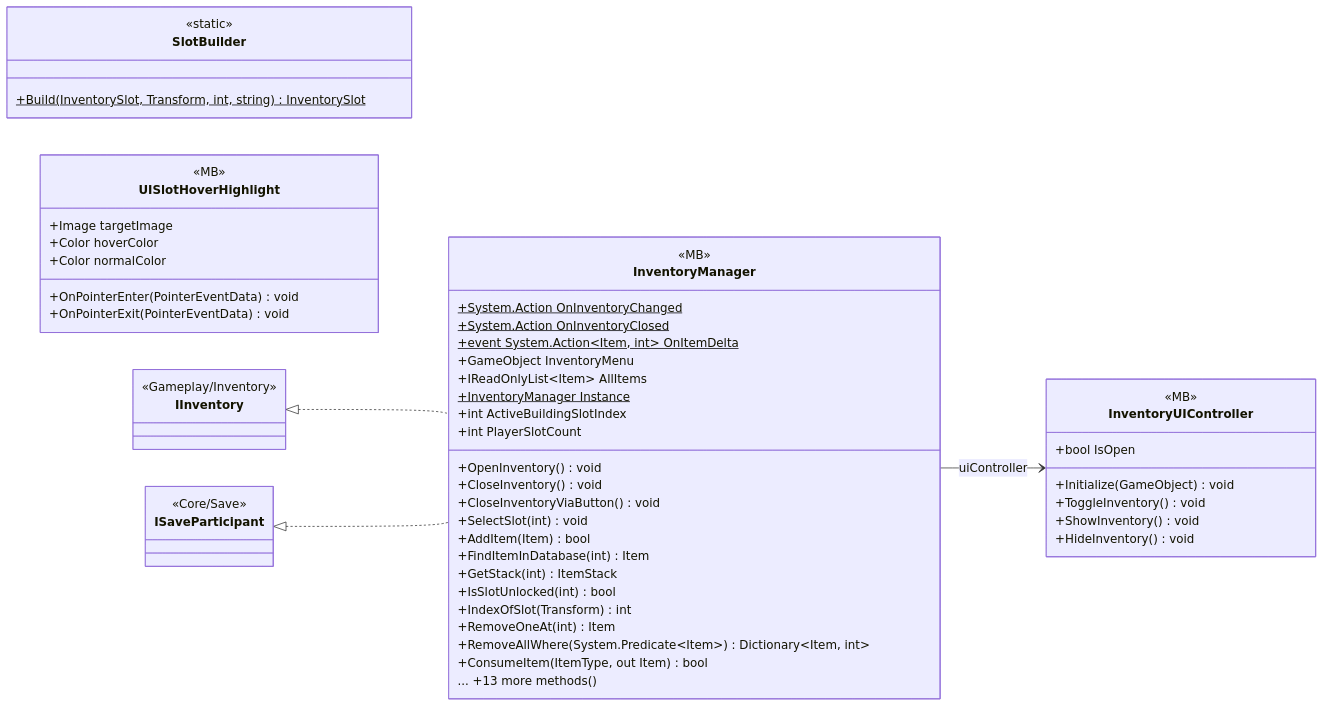
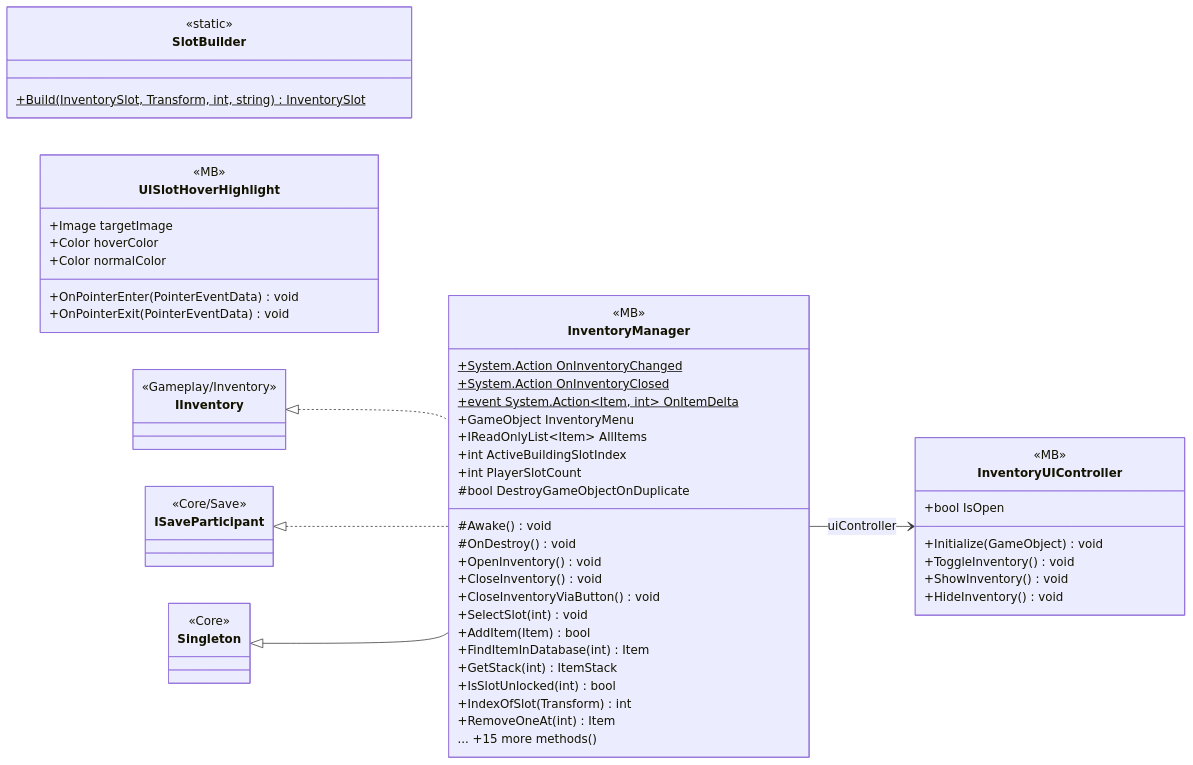
One commit to PhumipatWave/project-ocean changed the diagram in docs/uml/modules/UI_Inventory.md. Above: the diagram before and after it, drawn with Mermaid. The commit also changed other lines of this file and 71 other files, not shown here.

Commit message:
Update UML diagrams

````diff
--- a/docs/uml/modules/UI_Inventory.md
+++ b/docs/uml/modules/UI_Inventory.md
@@ -7,57 +7,61 @@
 ```mermaid
 classDiagram
   direction LR
   class InventoryManager {
     <<MB>>
     +System.Action OnInventoryChanged$
     +System.Action OnInventoryClosed$
     +event System.Action~Item, int~ OnItemDelta$
     +GameObject InventoryMenu
     +IReadOnlyList~Item~ AllItems
-    +InventoryManager Instance$
     +int ActiveBuildingSlotIndex
     +int PlayerSlotCount
+    #bool DestroyGameObjectOnDuplicate
+    #Awake() void
+    #OnDestroy() void
     +OpenInventory() void
     +CloseInventory() void
     +CloseInventoryViaButton() void
     +SelectSlot(int) void
     +AddItem(Item) bool
     +FindItemInDatabase(int) Item
     +GetStack(int) ItemStack
     +IsSlotUnlocked(int) bool
     +IndexOfSlot(Transform) int
     +RemoveOneAt(int) Item
-    +RemoveAllWhere(System.Predicate~Item~) Dictionary~Item, int~
-    +ConsumeItem(ItemType, out Item) bool
-    ... +13 more methods()
+    ... +15 more methods()
   }
   class InventoryUIController {
     <<MB>>
     +bool IsOpen
     +Initialize(GameObject) void
     +ToggleInventory() void
     +ShowInventory() void
     +HideInventory() void
   }
   class SlotBuilder {
     <<static>>
     +Build(InventorySlot, Transform, int, string)$ InventorySlot
   }
   class UISlotHoverHighlight {
     <<MB>>
     +Image targetImage
     +Color hoverColor
     +Color normalColor
     +OnPointerEnter(PointerEventData) void
     +OnPointerExit(PointerEventData) void
   }
   class IInventory {
     <<Gameplay/Inventory>>
   }
   class ISaveParticipant {
     <<Core/Save>>
   }
+  class Singleton {
+    <<Core>>
+  }
   IInventory <|.. InventoryManager
   ISaveParticipant <|.. InventoryManager
   InventoryManager --> InventoryUIController : uiController
+  Singleton <|-- InventoryManager
 ```
````
